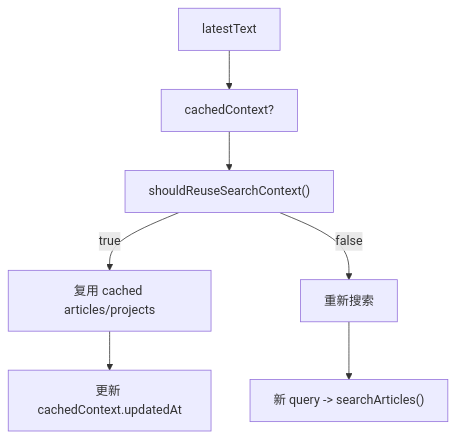
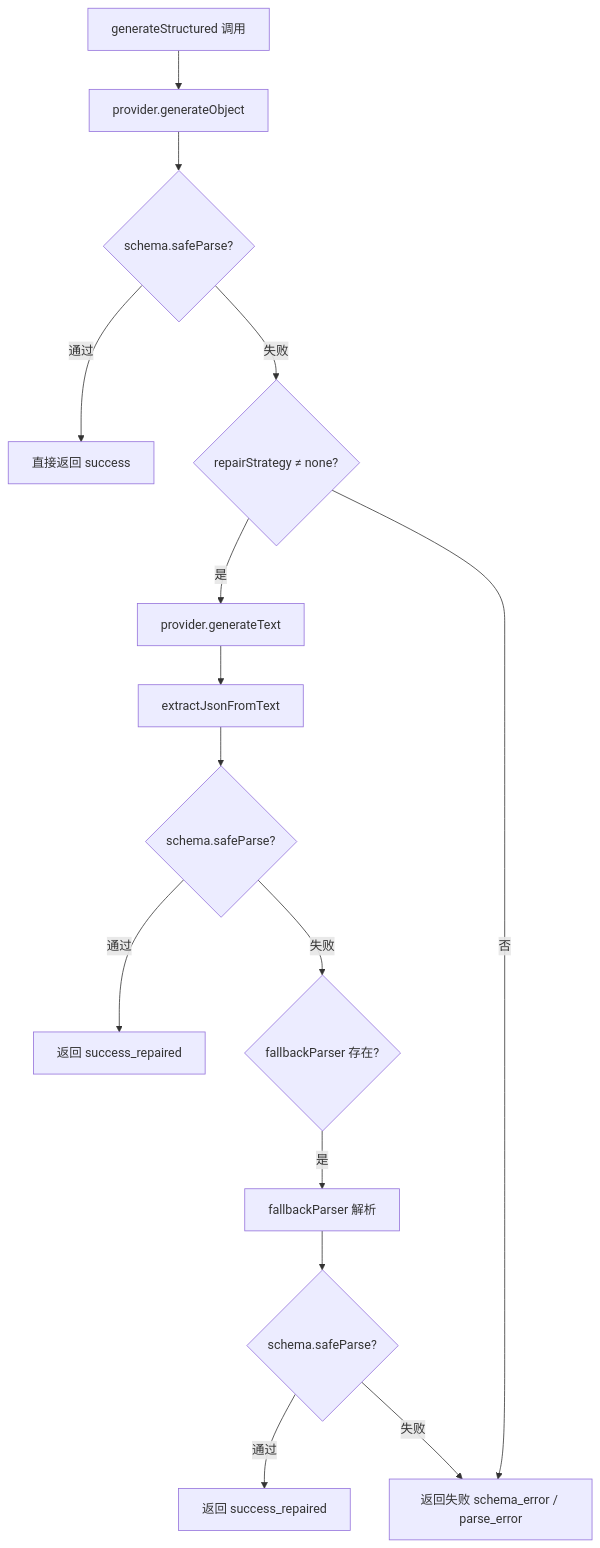
The sixth of 12 diagrams in apps/blog/src/data/blog/zh/ai-module-architecture.md (souloss/astro-minblog), drawn with Mermaid before and after one commit. The commit also changed other lines of this file and 40 other files, not shown here.

````diff
--- a/apps/blog/src/data/blog/zh/ai-module-architecture.md
+++ b/apps/blog/src/data/blog/zh/ai-module-architecture.md
@@ -552,9 +983,17 @@
 ```mermaid
 flowchart TB
-    A["latestText"] --> B["cachedContext?"]
-    B --> C["shouldReuseSearchContext()"]
-    C -->|true| D["复用 cached articles/projects"]
-    C -->|false| E["重新搜索"]
-    D --> F["更新 cachedContext.updatedAt"]
-    E --> G["新 query -> searchArticles()"]
+    A["generateStructured 调用"] --> B["provider.generateObject"]
+    B --> C{"schema.safeParse?"}
+    C -->|通过| D["直接返回 success"]
+    C -->|失败| E{"repairStrategy ≠ none?"}
+    E -->|是| F["provider.generateText"]
+    F --> G["extractJsonFromText"]
+    G --> H{"schema.safeParse?"}
+    H -->|通过| I["返回 success_repaired"]
+    H -->|失败| J{"fallbackParser 存在?"}
+    J -->|是| K["fallbackParser 解析"]
+    K --> L{"schema.safeParse?"}
+    L -->|通过| M["返回 success_repaired"]
+    L -->|失败| N["返回失败 schema_error / parse_error"]
+    E -->|否| N
 ```
````
